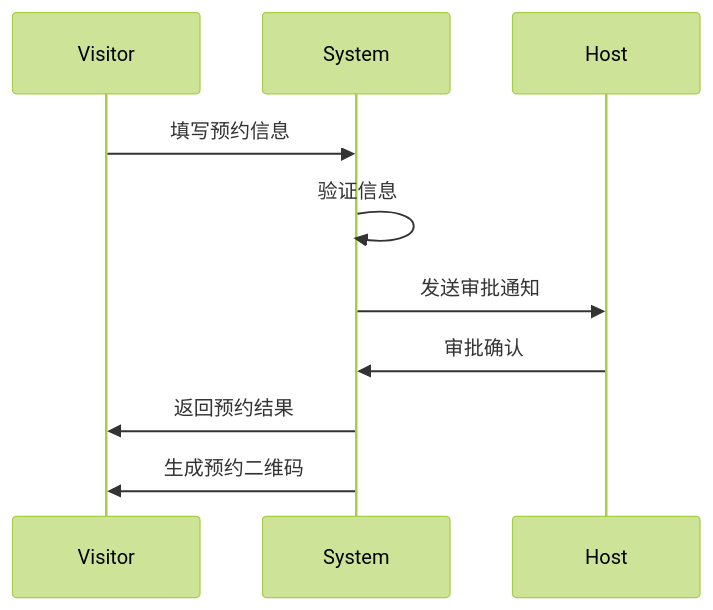
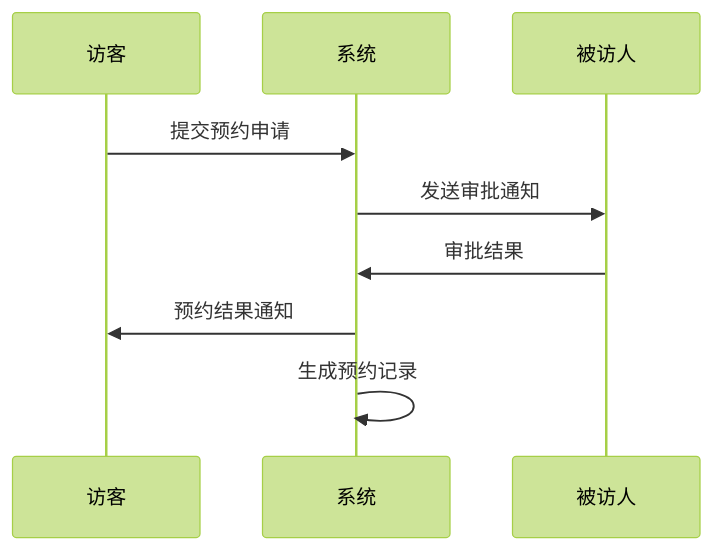
Before and after one commit to yuhaibao39/n8ndeploy: the second of 3 diagrams in devel/outlinedesign.md, drawn with Mermaid (forest theme). The commit also changed other lines of this file, not shown here.

````diff
--- a/devel/outlinedesign.md
+++ b/devel/outlinedesign.md
@@ -75,13 +54,8 @@
 ```mermaid
 sequenceDiagram
-    participant V as Visitor
-    participant S as System
-    participant H as Host
-    
-    V->>S: 填写预约信息
-    S->>S: 验证信息
-    S->>H: 发送审批通知
-    H->>S: 审批确认
-    S->>V: 返回预约结果
-    S->>V: 生成预约二维码
+    访客->>系统: 提交预约申请
+    系统->>被访人: 发送审批通知
+    被访人->>系统: 审批结果
+    系统->>访客: 预约结果通知
+    系统->>系统: 生成预约记录
 ```
````
